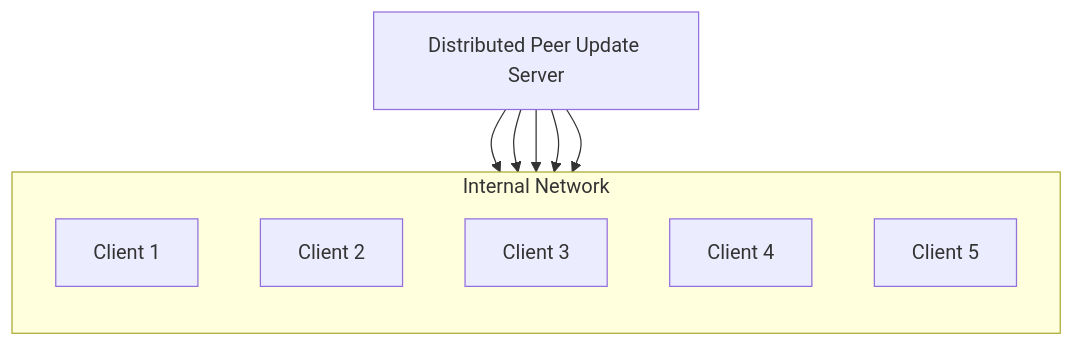
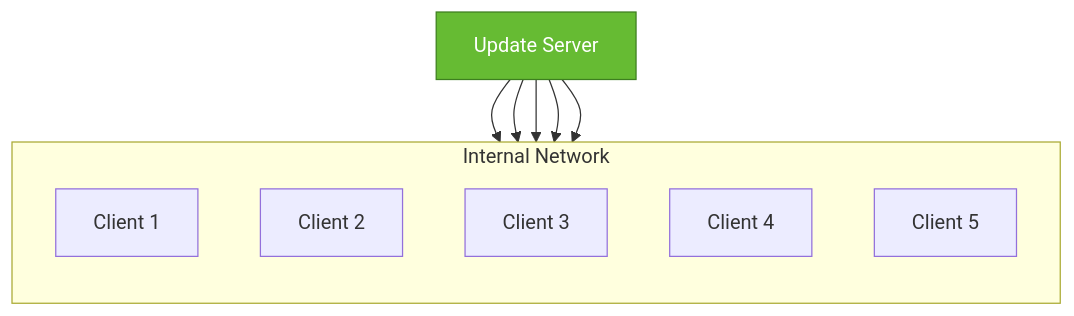
One commit to IGEL-Community/IGEL-Docs-v02 changed the third of 4 diagrams in docs/Docs/HOWTO-COSMOS.md. Above: the diagram before and after it, drawn with Mermaid. The commit also changed other lines of this file, not shown here.

Commit message:
updated dpu mermaid updated dpu mermaid

````diff
--- a/docs/Docs/HOWTO-COSMOS.md
+++ b/docs/Docs/HOWTO-COSMOS.md
@@ -977,23 +977,26 @@
 ```mermaid
 flowchart TB
 
-    %% Distributed Peer Update Server
-    US[Distributed Peer Update Server]
+    %% Update Server
+    US[Update Server]
 
     %% Internal Network Boundary
     subgraph IN["Internal Network"]
         direction TB
         C1[Client 1]
         C2[Client 2]
         C3[Client 3]
         C4[Client 4]
         C5[Client 5]
     end
 
     %% Connections
     US --> C1
     US --> C2
     US --> C3
     US --> C4
     US --> C5
+
+    %% Styling (optional)
+    style US fill:#66bb33,color:#ffffff,stroke:#3d7f1f
 ```
````
